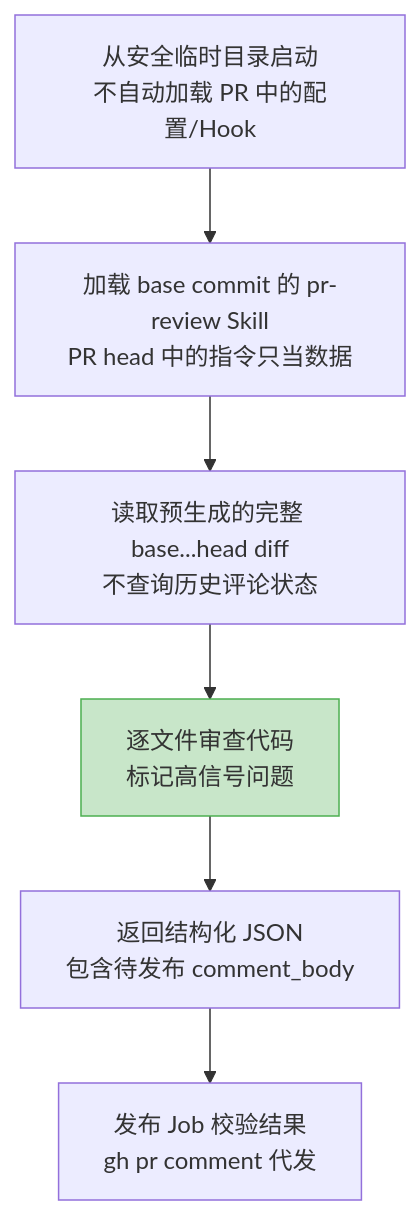
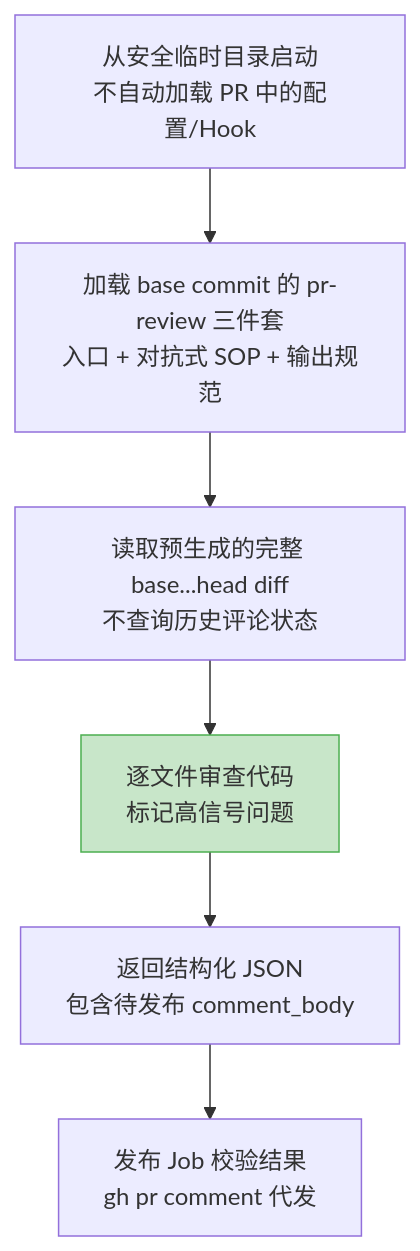
The fifth of 13 diagrams in docs/code-review-design.md (Lightspeed-Intelligence/agentic-workflow-template), drawn with Mermaid before and after one commit. The commit also changed other lines of this file and 21 other files, not shown here.

````diff
--- a/docs/code-review-design.md
+++ b/docs/code-review-design.md
@@ -146,14 +146,14 @@
 ```mermaid
 flowchart TD
     start["从安全临时目录启动<br/>不自动加载 PR 中的配置/Hook"]
-    load["加载 base commit 的 pr-review Skill<br/>PR head 中的指令只当数据"]
+    load["加载 base commit 的 pr-review 三件套<br/>入口 + 对抗式 SOP + 输出规范"]
     full["读取预生成的完整 base...head diff<br/>不查询历史评论状态"]
     review["逐文件审查代码<br/>标记高信号问题"]
     json["返回结构化 JSON<br/>包含待发布 comment_body"]
     publish["发布 Job 校验结果<br/>gh pr comment 代发"]
 
     start --> load --> full --> review
     review --> json --> publish
 
     style review fill:#c8e6c9,stroke:#4CAF50
 ```
````
